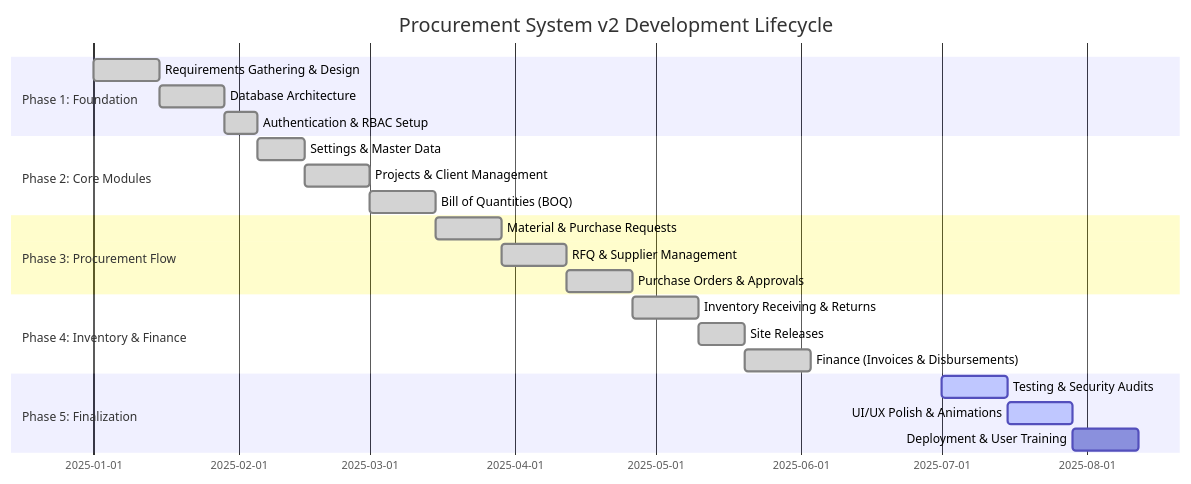
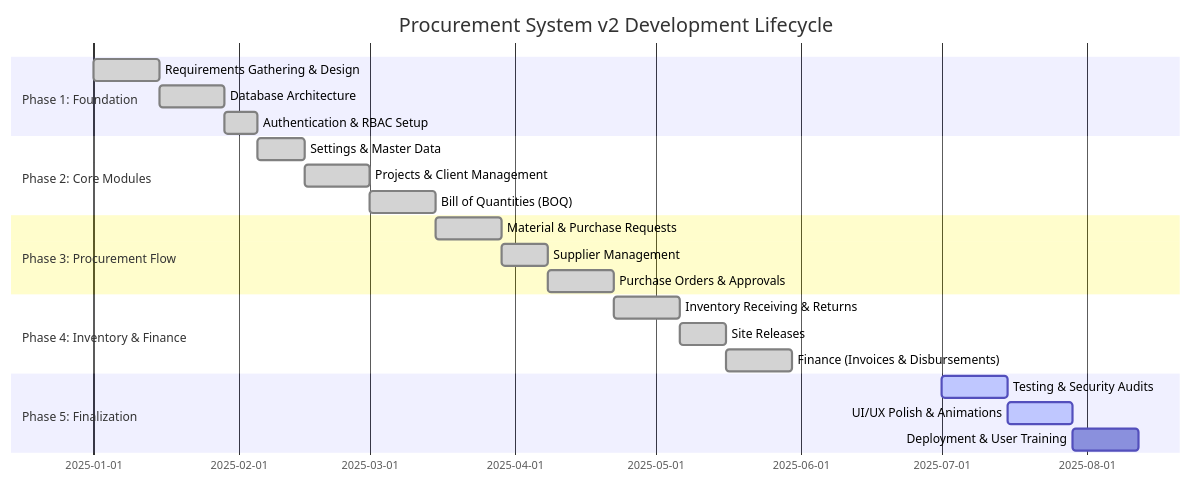
The diagram in docs/project_plan.md (JimBeulah/ProcurementSystem-v2), drawn with Mermaid before and after one commit. The commit also changed other lines of this file and 29 other files, not shown here.

````diff
--- a/docs/project_plan.md
+++ b/docs/project_plan.md
@@ -36,30 +36,30 @@
 ```mermaid
 gantt
     title Procurement System v2 Development Lifecycle
     dateFormat  YYYY-MM-DD
     
     section Phase 1: Foundation
     Requirements Gathering & Design   :done,    des1, 2025-01-01, 14d
     Database Architecture             :done,    des2, after des1, 14d
     Authentication & RBAC Setup       :done,    des3, after des2, 7d
     
     section Phase 2: Core Modules
     Settings & Master Data            :done,    dev1, after des3, 10d
     Projects & Client Management      :done,    dev2, after dev1, 14d
     Bill of Quantities (BOQ)          :done,    dev3, after dev2, 14d
     
     section Phase 3: Procurement Flow
     Material & Purchase Requests      :done,    dev4, after dev3, 14d
-    RFQ & Supplier Management         :done,    dev5, after dev4, 14d
+    Supplier Management               :done,    dev5, after dev4, 10d
     Purchase Orders & Approvals       :done,    dev6, after dev5, 14d
     
     section Phase 4: Inventory & Finance
     Inventory Receiving & Returns     :done,    dev7, after dev6, 14d
     Site Releases                     :done,    dev8, after dev7, 10d
     Finance (Invoices & Disbursements):done,    dev9, after dev8, 14d
     
     section Phase 5: Finalization
     Testing & Security Audits         :active,  test1, 2025-07-01, 14d
     UI/UX Polish & Animations         :active,  test2, after test1, 14d
     Deployment & User Training        :         deploy, after test2, 14d
 ```
````
